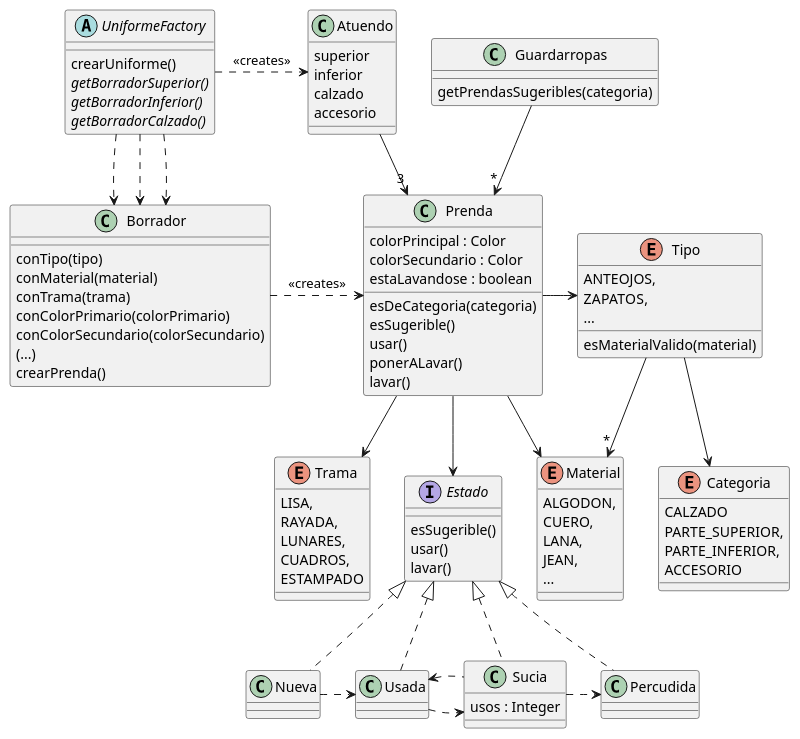
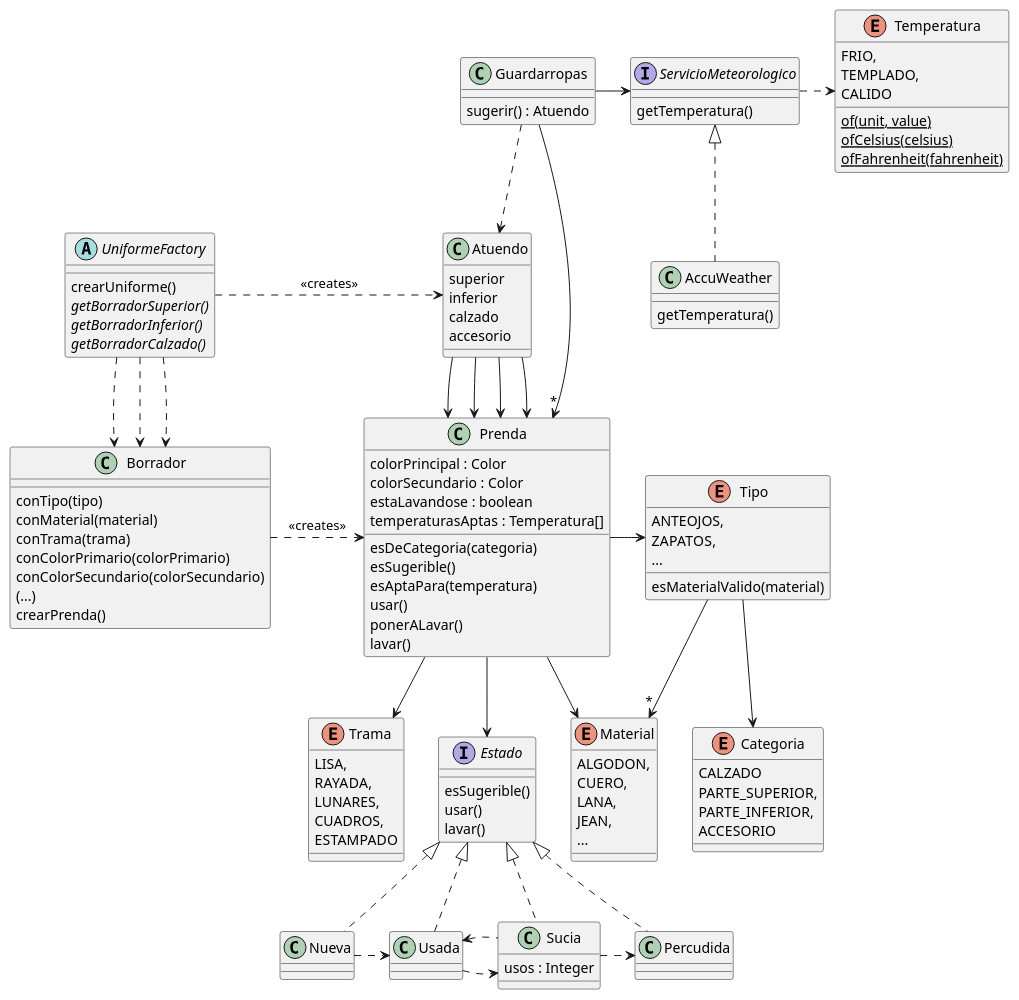
Before and after one commit to RaniAgus/dds-2022: the diagram in docs/diagramas/iteracion-4.puml, drawn with PlantUML. The commit also changed 2 other files, not shown here.

```diff
--- a/docs/diagramas/iteracion-4.puml
+++ b/docs/diagramas/iteracion-4.puml
@@ -1,111 +1,139 @@
 @startuml iteracion-4
 
 class Guardarropas {
-  getPrendasSugeribles(categoria)
+  sugerir() : Atuendo
 }
 
+Guardarropas ..> Atuendo
 Guardarropas --> "*" Prenda
+Guardarropas -right-> ServicioMeteorologico
+
+interface ServicioMeteorologico {
+    getTemperatura()
+}
+
+ServicioMeteorologico .right.> Temperatura
+
+ServicioMeteorologico <|.. AccuWeather
+
+class AccuWeather {
+    getTemperatura()
+}
+
+enum Temperatura {
+    FRIO,
+    TEMPLADO,
+    CALIDO
+    {static} of(unit, value)
+    {static} ofCelsius(celsius)
+    {static} ofFahrenheit(fahrenheit)
+}
 
 abstract UniformeFactory {
   crearUniforme()
   {abstract} getBorradorSuperior()
   {abstract} getBorradorInferior()
   {abstract} getBorradorCalzado()
 }
 
 UniformeFactory .right.> Atuendo : <<creates>>
 UniformeFactory ..> Borrador
 UniformeFactory ..> Borrador
 UniformeFactory ..> Borrador
 
 class Atuendo {
    superior
    inferior
    calzado
    accesorio
 }
 
-Atuendo --> "3" Prenda
+Atuendo --> Prenda
+Atuendo --> Prenda
+Atuendo --> Prenda
+Atuendo --> Prenda
 
 class Borrador {
   conTipo(tipo)
   conMaterial(material)
   conTrama(trama)
   conColorPrimario(colorPrimario)
   conColorSecundario(colorSecundario)
   (...)
   crearPrenda()
 }
 
 Borrador .right.> Prenda : <<creates>>
 
 class Prenda {
  colorPrincipal : Color
  colorSecundario : Color
  estaLavandose : boolean
+ temperaturasAptas : Temperatura[]
  esDeCategoria(categoria)
  esSugerible()
+ esAptaPara(temperatura)
  usar()
  ponerALavar()
  lavar()
 }
 
 Prenda -right-> Tipo
 Prenda --> Material
 Prenda --> Trama
 Prenda --> Estado
 
 enum Material {
   ALGODON,
   CUERO,
   LANA,
   JEAN,
   ...
 }
 
 enum Trama {
   LISA,
   RAYADA,
   LUNARES,
   CUADROS,
   ESTAMPADO
 }
 
 enum Tipo {
   ANTEOJOS,
   ZAPATOS,
   ...
   esMaterialValido(material)
 }
 
 Tipo --> "*" Material
 Tipo --> Categoria
 
 enum Categoria {
   CALZADO
   PARTE_SUPERIOR,
   PARTE_INFERIOR,
   ACCESORIO
 }
 
 interface Estado {
  esSugerible()
  usar()
  lavar()
 }
 
 Estado <|.. Nueva
 Estado <|.. Usada
 Estado <|.. Sucia
 Estado <|.. Percudida
 
 Nueva .right.> Usada
 Usada .right.> Sucia
 Sucia .left.> Usada
 Sucia .right.> Percudida
 
 class Sucia {
   usos : Integer
 }
 
 @enduml
```
